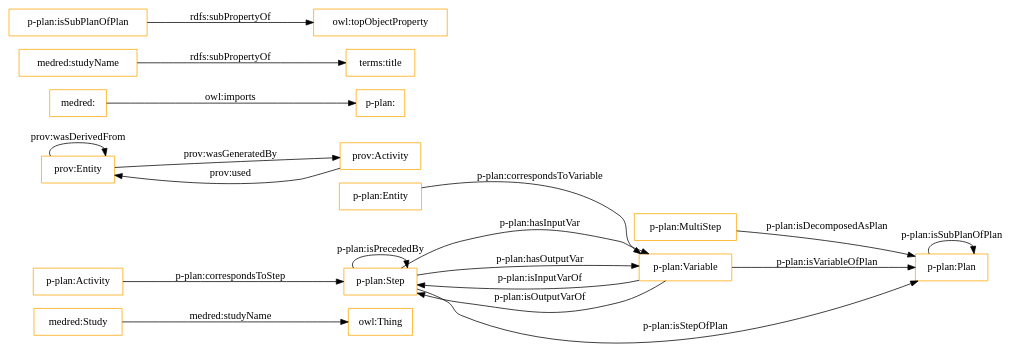
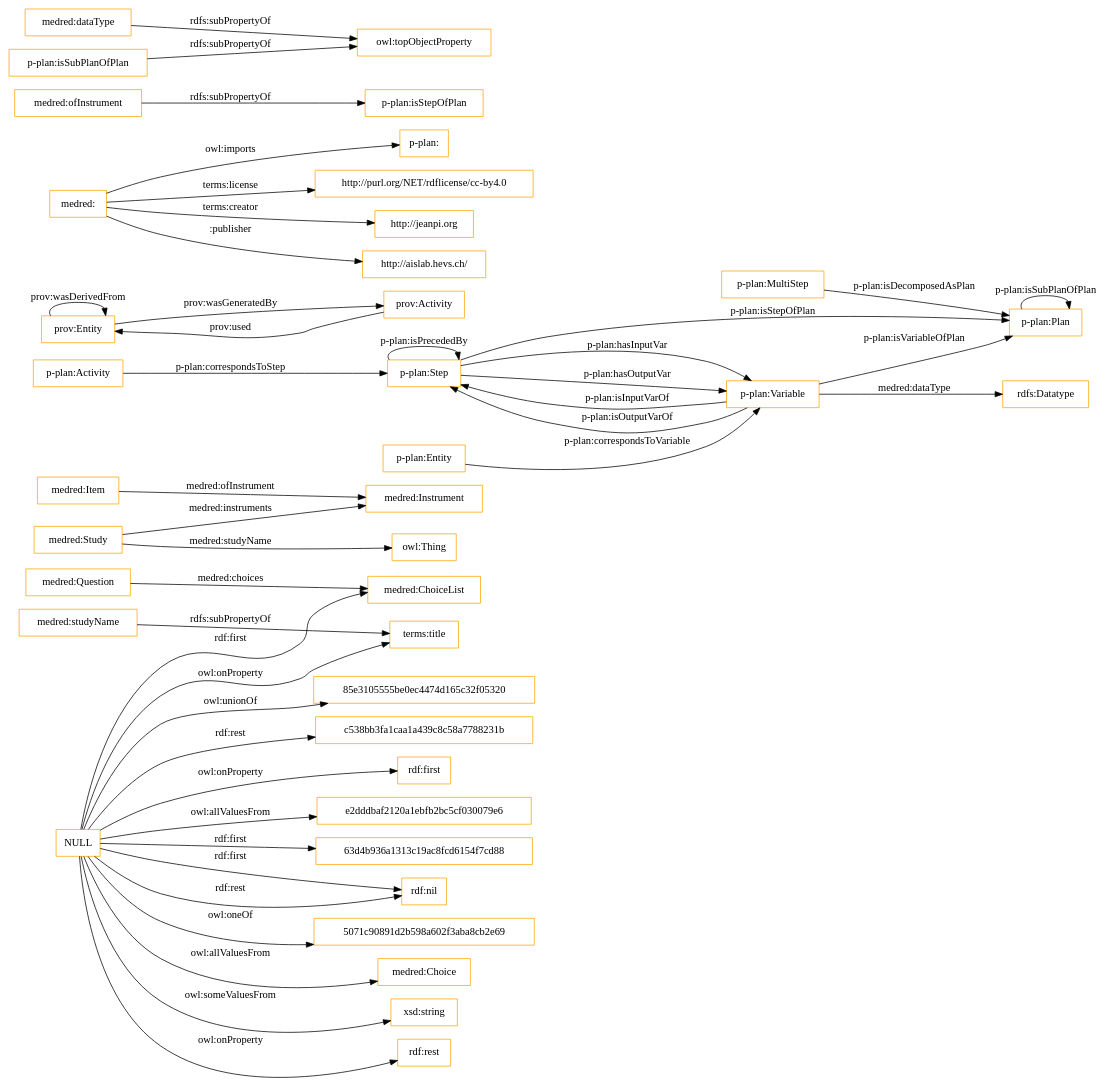
The diagram in OnToology/ontology/medred.owl/diagrams/ar2dtool-class/medred.owl.png.dot (OnToologyUser/medred), drawn with Graphviz before and after one commit. The commit also changed 11 other files, not shown here.

```diff
--- a/OnToology/ontology/medred.owl/diagrams/ar2dtool-class/medred.owl.png.dot
+++ b/OnToology/ontology/medred.owl/diagrams/ar2dtool-class/medred.owl.png.dot
@@ -1,24 +1,46 @@
 digraph ar2dtool_diagram { 
 rankdir=LR;
 size="1501"
-node [shape = rectangle, color="orange"]; "medred:Study" "p-plan:MultiStep" "p-plan:Activity" "p-plan:Step" "p-plan:Entity" "prov:Entity" "p-plan:Plan" "prov:Activity" "p-plan:Variable" ; /*classes style*/
+node [shape = rectangle, color="orange"]; "e2dddbaf2120a1ebfb2bc5cf030079e6" "medred:Question" "medred:Instrument" "medred:Item" "medred:Study" "63d4b936a1313c19ac8fcd6154f7cd88" "medred:ChoiceList" "medred:Choice" "p-plan:MultiStep" "p-plan:Activity" "p-plan:Step" "p-plan:Entity" "prov:Entity" "p-plan:Plan" "prov:Activity" "p-plan:Variable" ; /*classes style*/
 	"medred:" -> "p-plan:" [ label = "owl:imports" ];
+	"medred:" -> "http://purl.org/NET/rdflicense/cc-by4.0" [ label = "terms:license" ];
+	"medred:" -> "http://jeanpi.org" [ label = "terms:creator" ];
+	"medred:" -> "http://aislab.hevs.ch/" [ label = ":publisher" ];
+	"NULL" -> "e2dddbaf2120a1ebfb2bc5cf030079e6" [ label = "owl:allValuesFrom" ];
+	"NULL" -> "xsd:string" [ label = "owl:someValuesFrom" ];
+	"NULL" -> "medred:ChoiceList" [ label = "rdf:first" ];
+	"NULL" -> "terms:title" [ label = "owl:onProperty" ];
+	"NULL" -> "85e3105555be0ec4474d165c32f05320" [ label = "owl:unionOf" ];
+	"NULL" -> "c538bb3fa1caa1a439c8c58a7788231b" [ label = "rdf:rest" ];
+	"NULL" -> "63d4b936a1313c19ac8fcd6154f7cd88" [ label = "rdf:first" ];
+	"NULL" -> "rdf:nil" [ label = "rdf:first" ];
+	"NULL" -> "rdf:nil" [ label = "rdf:rest" ];
+	"NULL" -> "medred:Choice" [ label = "owl:allValuesFrom" ];
+	"NULL" -> "rdf:first" [ label = "owl:onProperty" ];
+	"NULL" -> "5071c90891d2b598a602f3aba8cb2e69" [ label = "owl:oneOf" ];
+	"NULL" -> "rdf:rest" [ label = "owl:onProperty" ];
+	"medred:ofInstrument" -> "p-plan:isStepOfPlan" [ label = "rdfs:subPropertyOf" ];
 	"medred:studyName" -> "terms:title" [ label = "rdfs:subPropertyOf" ];
+	"medred:dataType" -> "owl:topObjectProperty" [ label = "rdfs:subPropertyOf" ];
 	"p-plan:isSubPlanOfPlan" -> "owl:topObjectProperty" [ label = "rdfs:subPropertyOf" ];
 	"p-plan:Plan" -> "p-plan:Plan" [ label = "p-plan:isSubPlanOfPlan" ];
 	"prov:Entity" -> "prov:Entity" [ label = "prov:wasDerivedFrom" ];
+	"prov:Entity" -> "prov:Activity" [ label = "prov:wasGeneratedBy" ];
 	"p-plan:Step" -> "p-plan:Plan" [ label = "p-plan:isStepOfPlan" ];
-	"prov:Entity" -> "prov:Activity" [ label = "prov:wasGeneratedBy" ];
 	"p-plan:Variable" -> "p-plan:Plan" [ label = "p-plan:isVariableOfPlan" ];
 	"p-plan:Step" -> "p-plan:Variable" [ label = "p-plan:hasInputVar" ];
 	"p-plan:Step" -> "p-plan:Step" [ label = "p-plan:isPrecededBy" ];
 	"p-plan:MultiStep" -> "p-plan:Plan" [ label = "p-plan:isDecomposedAsPlan" ];
+	"medred:Study" -> "owl:Thing" [ label = "medred:studyName" ];
 	"p-plan:Step" -> "p-plan:Variable" [ label = "p-plan:hasOutputVar" ];
-	"medred:Study" -> "owl:Thing" [ label = "medred:studyName" ];
+	"medred:Item" -> "medred:Instrument" [ label = "medred:ofInstrument" ];
+	"p-plan:Variable" -> "rdfs:Datatype" [ label = "medred:dataType" ];
 	"p-plan:Activity" -> "p-plan:Step" [ label = "p-plan:correspondsToStep" ];
 	"p-plan:Entity" -> "p-plan:Variable" [ label = "p-plan:correspondsToVariable" ];
+	"medred:Question" -> "medred:ChoiceList" [ label = "medred:choices" ];
+	"medred:Study" -> "medred:Instrument" [ label = "medred:instruments" ];
 	"prov:Activity" -> "prov:Entity" [ label = "prov:used" ];
 	"p-plan:Variable" -> "p-plan:Step" [ label = "p-plan:isInputVarOf" ];
 	"p-plan:Variable" -> "p-plan:Step" [ label = "p-plan:isOutputVarOf" ];
 
 }
```
